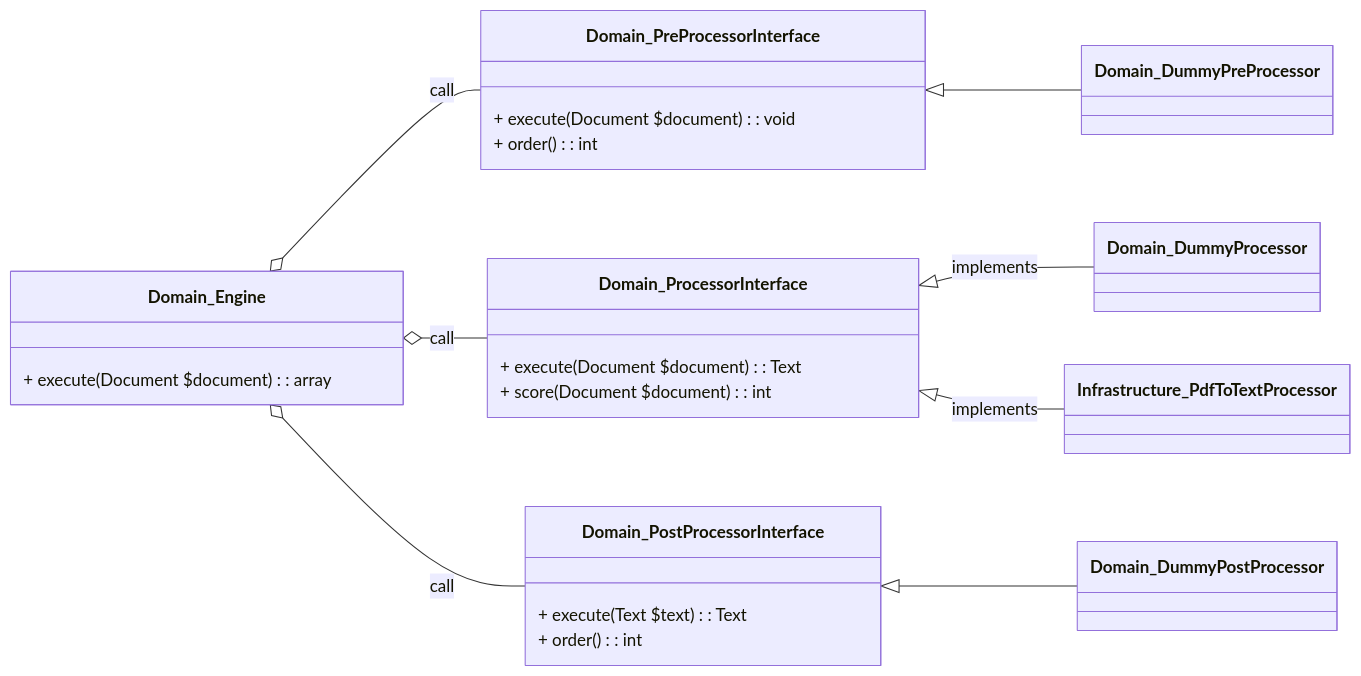
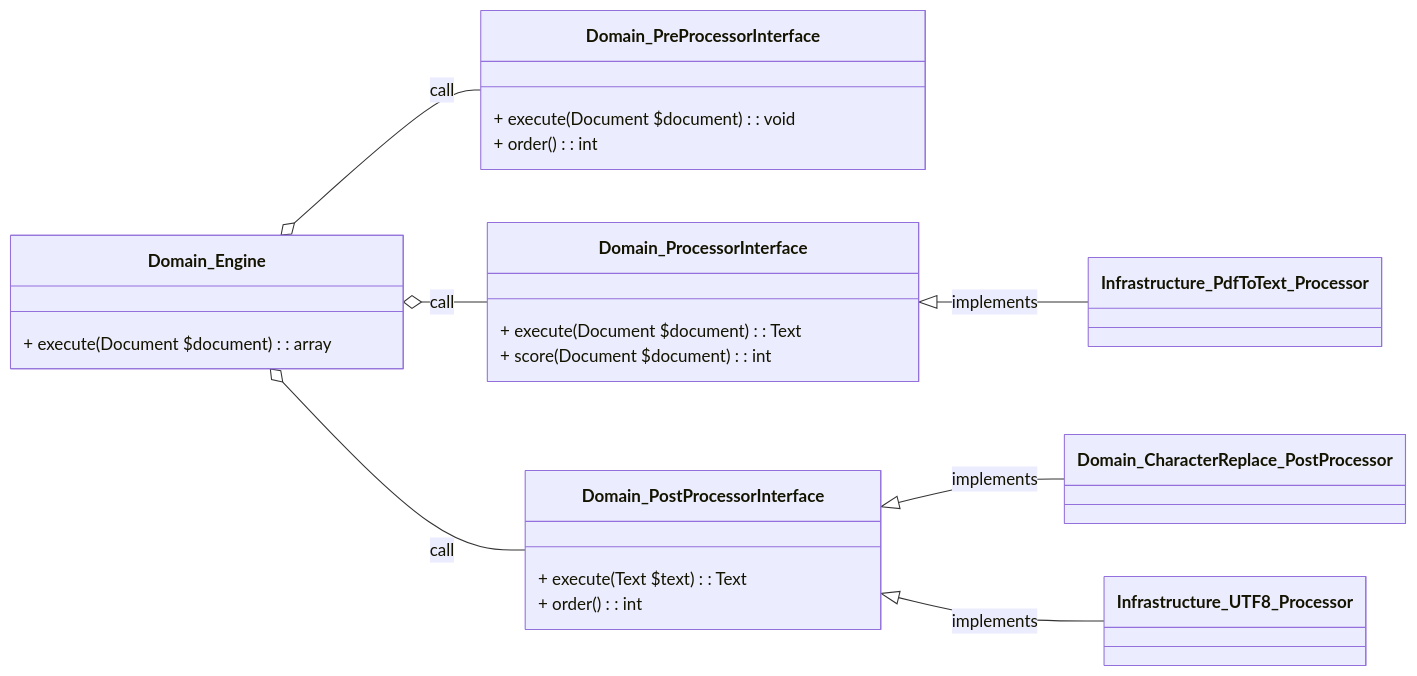
One commit to desarrolla2/viu_47_proyecto_de_ingenieria_del_software changed the diagram in doc/diagrams/generator.mermaid. Above: the diagram before and after it, drawn with Mermaid.

Commit message:
[] - update generator diagram

```diff
--- a/doc/diagrams/generator.mermaid
+++ b/doc/diagrams/generator.mermaid
@@ -1,28 +1,27 @@
 classDiagram
     direction LR
     Domain_Engine o-- Domain_PreProcessorInterface: call
     Domain_Engine o-- Domain_ProcessorInterface: call
     Domain_Engine o-- Domain_PostProcessorInterface: call
-    Domain_PreProcessorInterface <|-- Domain_DummyPreProcessor
-    Domain_ProcessorInterface <|-- Domain_DummyProcessor: implements
-    Domain_ProcessorInterface <|-- Infrastructure_PdfToTextProcessor: implements
-    Domain_PostProcessorInterface <|-- Domain_DummyPostProcessor
+    Domain_ProcessorInterface <|-- Infrastructure_PdfToText_Processor: implements
+    Domain_PostProcessorInterface <|-- Domain_CharacterReplace_PostProcessor: implements
+    Domain_PostProcessorInterface <|-- Infrastructure_UTF8_Processor: implements
 
     class Domain_Engine {
         + execute(Document $document): array
     }
 
     class Domain_PreProcessorInterface {
         + execute(Document $document): void
         + order(): int
     }
 
     class Domain_ProcessorInterface {
         + execute(Document $document): Text
         + score(Document $document): int
     }
 
     class Domain_PostProcessorInterface {
         + execute(Text $text): Text
         + order(): int
     }
```
